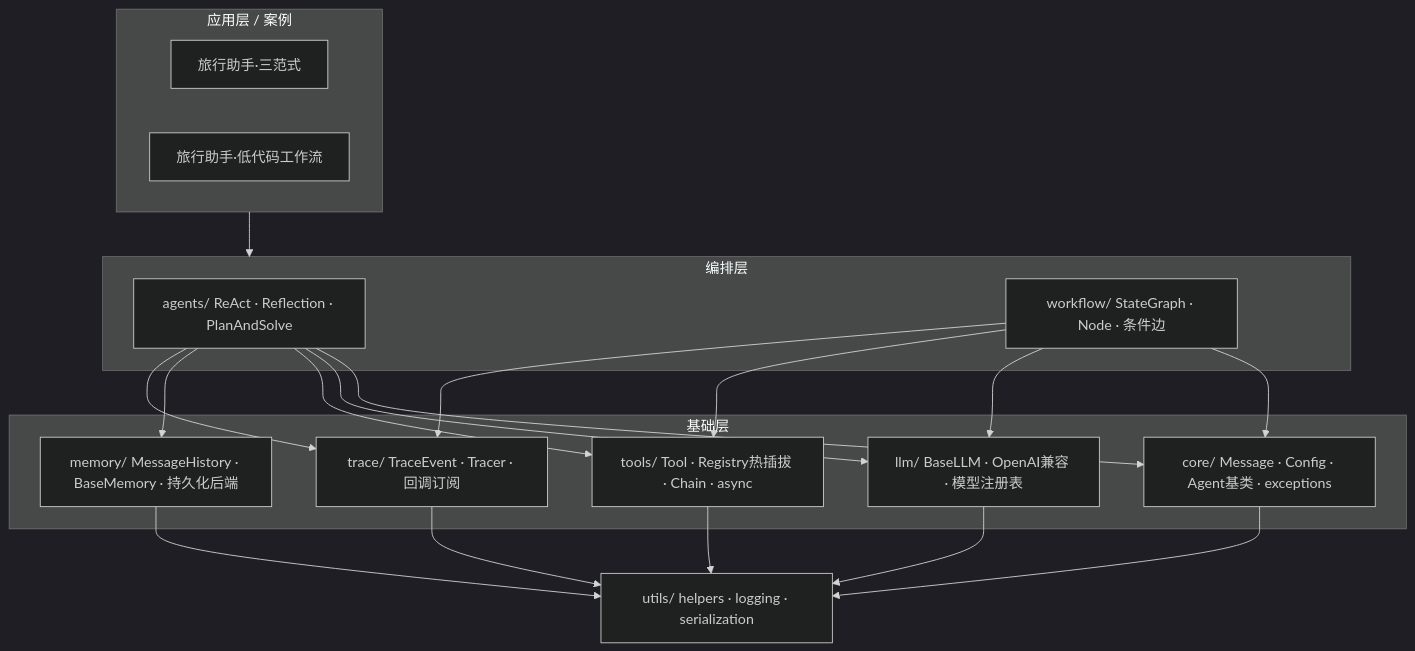
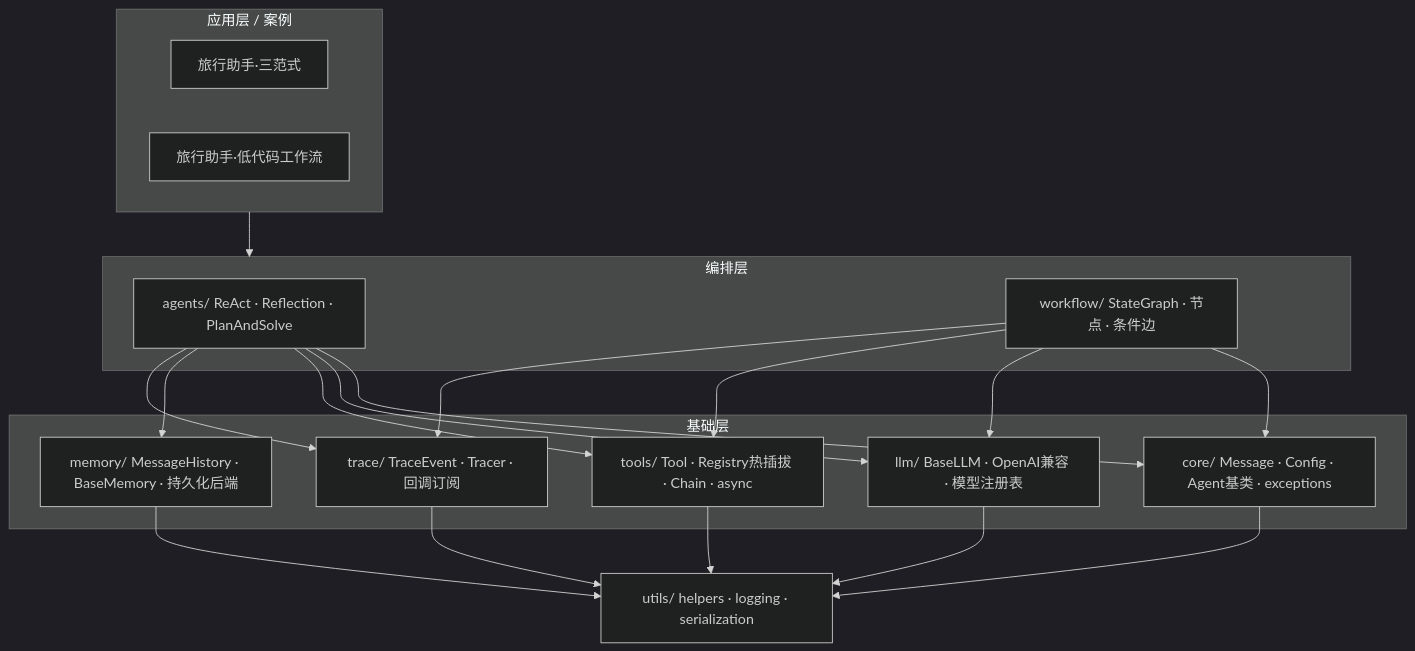
The diagram in docs/architecture.md (nlyc/hello-agent), drawn with Mermaid (dark theme) before and after one commit. The commit also changed other lines of this file and 9 other files, not shown here.

First line of the commit message:
feat(M7): 文档 —— API 设计(D5) + 架构图(D2) + 轨迹对比报告(D6)

````diff
--- a/docs/architecture.md
+++ b/docs/architecture.md
@@ -5,27 +6,27 @@
 ```mermaid
 flowchart TB
     subgraph APP[应用层 / 案例]
         TA[旅行助手·三范式]
         WF[旅行助手·低代码工作流]
     end
 
     subgraph ORCH[编排层]
         AG[agents/ ReAct · Reflection · PlanAndSolve]
-        GR[workflow/ StateGraph · Node · 条件边]
+        GR[workflow/ StateGraph · 节点 · 条件边]
     end
 
     subgraph BASE[基础层]
         CORE[core/ Message · Config · Agent基类 · exceptions]
         LLM[llm/ BaseLLM · OpenAI兼容 · 模型注册表]
         TOOL[tools/ Tool · Registry热插拔 · Chain · async]
         MEM[memory/ MessageHistory · BaseMemory · 持久化后端]
         TRACE[trace/ TraceEvent · Tracer · 回调订阅]
     end
 
     UTILS[utils/ helpers · logging · serialization]
 
     APP --> ORCH
     AG --> CORE & LLM & TOOL & MEM & TRACE
     GR --> CORE & LLM & TOOL & TRACE
     CORE & LLM & TOOL & MEM & TRACE --> UTILS
 ```
````
